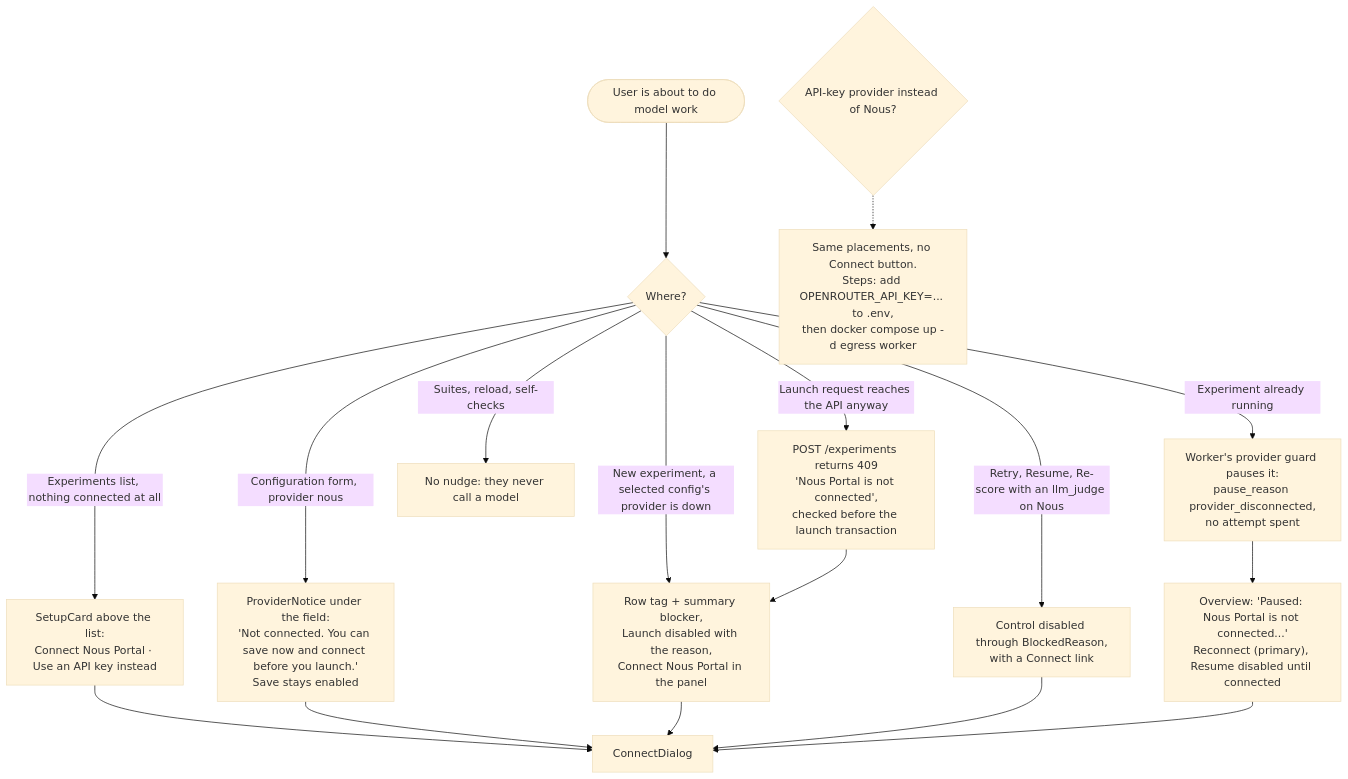
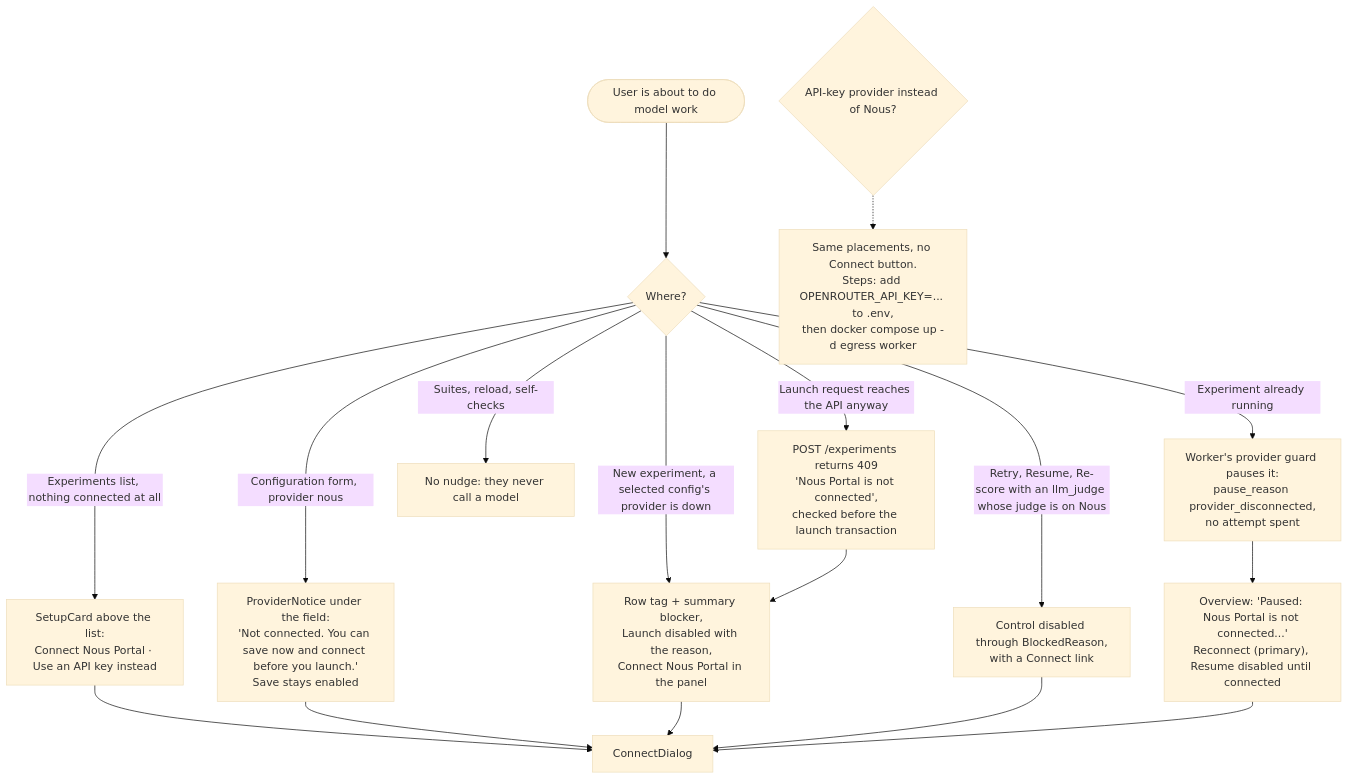
One commit to sasuke007/hermes-evals changed diagram 14 of 38 in UI_FLOWS.md. Above: the diagram before and after it, drawn with Mermaid (base theme). The commit also changed other lines of this file and 180 other files, not shown here.

````diff
--- a/UI_FLOWS.md
+++ b/UI_FLOWS.md
@@ -484,22 +486,22 @@
 ```mermaid
 flowchart TD
   start(["User is about to do model work"]) --> where{"Where?"}
 
   where -- "Experiments list, nothing connected at all" --> SC["SetupCard above the list:<br/>Connect Nous Portal · Use an API key instead"]
   where -- "Configuration form, provider nous" --> PN["ProviderNotice under the field:<br/>'Not connected. You can save now and connect before you launch.'<br/>Save stays enabled"]
   where -- "New experiment, a selected config's provider is down" --> NE["Row tag + summary blocker,<br/>Launch disabled with the reason,<br/>Connect Nous Portal in the panel"]
   where -- "Launch request reaches the API anyway" --> L409["POST /experiments returns 409<br/>'Nous Portal is not connected',<br/>checked before the launch transaction"]
-  where -- "Retry, Resume, Re-score with an llm_judge on Nous" --> BR["Control disabled through BlockedReason,<br/>with a Connect link"]
+  where -- "Retry, Resume, Re-score with an llm_judge whose judge is on Nous" --> BR["Control disabled through BlockedReason,<br/>with a Connect link"]
   where -- "Experiment already running" --> PG["Worker's provider guard pauses it:<br/>pause_reason provider_disconnected,<br/>no attempt spent"]
   where -- "Suites, reload, self-checks" --> NO["No nudge: they never call a model"]
 
   SC --> CD["ConnectDialog"]
   PN --> CD
   NE --> CD
   L409 --> NE
   BR --> CD
   PG --> RC["Overview: 'Paused: Nous Portal is not connected...'<br/>Reconnect (primary), Resume disabled until connected"]
   RC --> CD
 
   KEY{"API-key provider instead of Nous?"} -.-> STEPS["Same placements, no Connect button.<br/>Steps: add OPENROUTER_API_KEY=... to .env,<br/>then docker compose up -d egress worker"]
 ```
````
